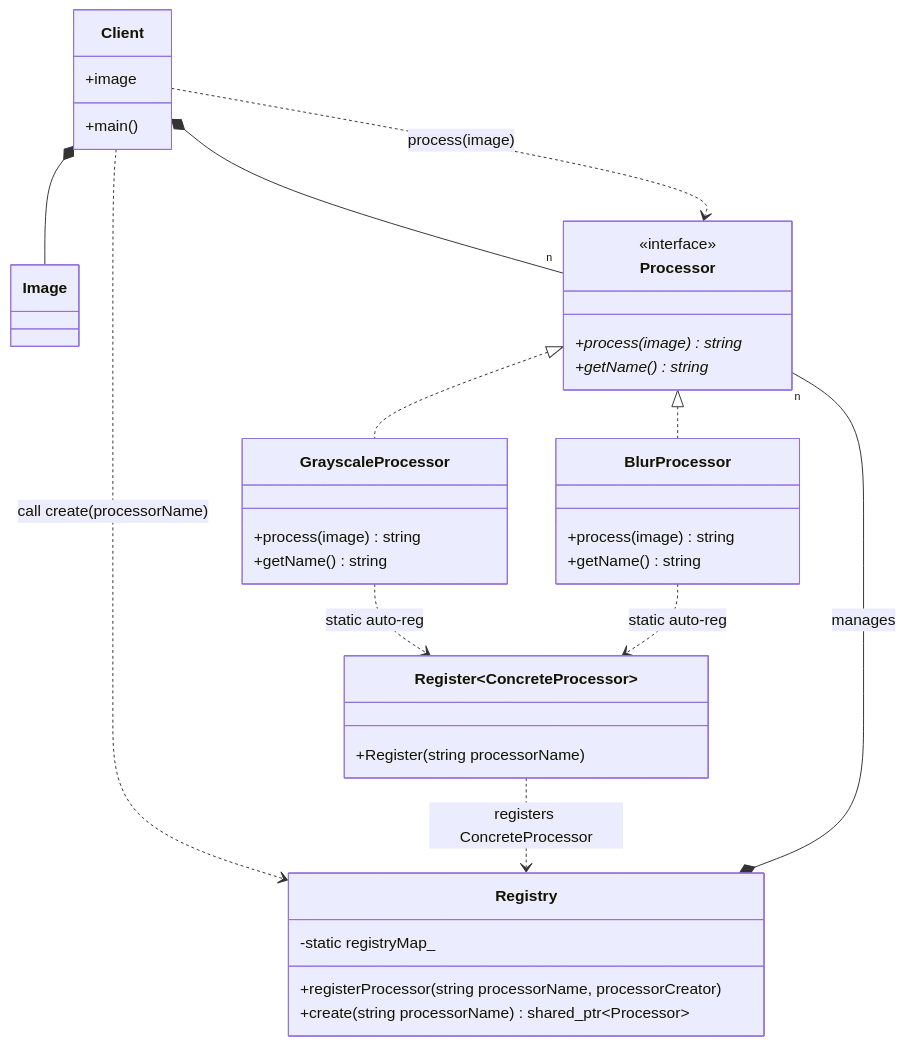
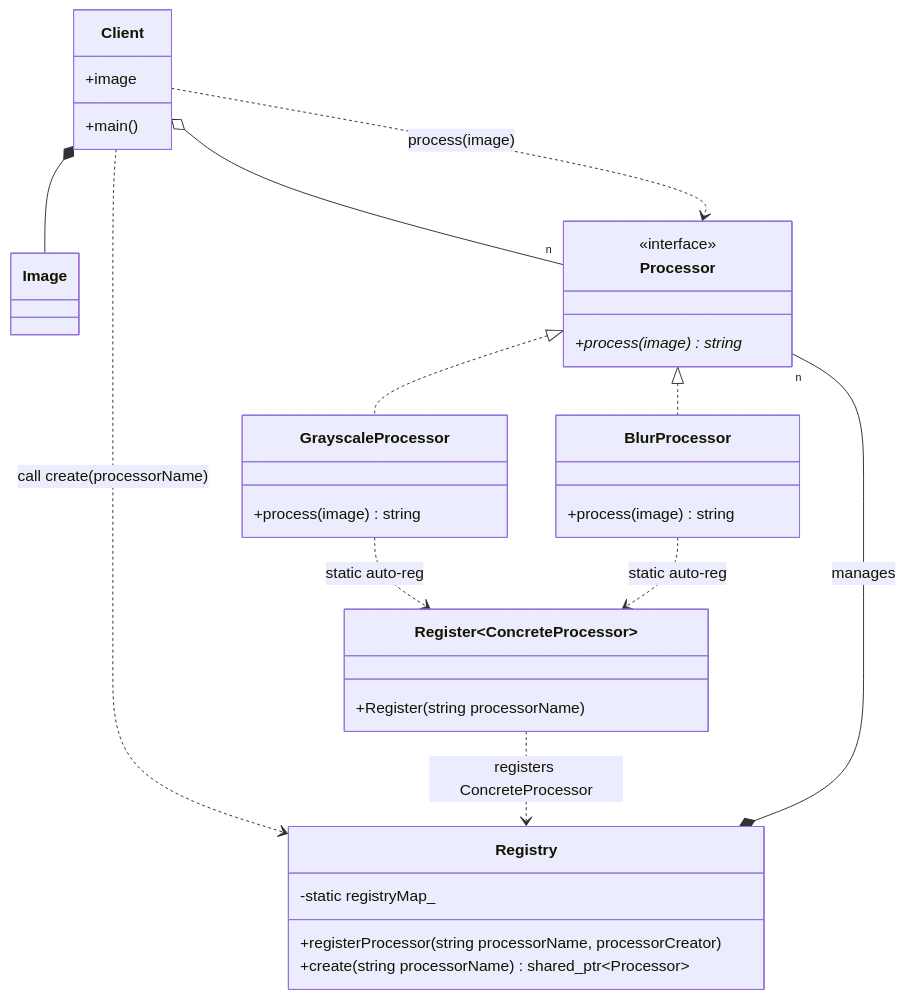
One commit to Cichlidfishexigency721/Modern-CPP-Design-Patterns changed the diagram in 16_Register/README.md. Above: the diagram before and after it, drawn with Mermaid. The commit also changed 4 other files, not shown here.

Commit message:
UML improvement

````diff
--- a/16_Register/README.md
+++ b/16_Register/README.md
@@ -96,55 +96,52 @@
 ```mermaid
 classDiagram
    class Image
 
    class Processor {
       <<interface>>
       +process(image) string*
-      +getName() string*
    }
 
    class GrayscaleProcessor {
       +process(image) string
-      +getName() string
    }
 
    class BlurProcessor {
       +process(image) string
-      +getName() string
    }
 
    class Registry {
       -static registryMap_
       +registerProcessor(string processorName, processorCreator)
       +create(string processorName) shared_ptr~Processor~
    }
 
    class Register~ConcreteProcessor~ {
       +Register(string processorName)
    }
 
    class Client {
       +image
       +main()
    }
 
    %% Inheritance (Implements)
    Processor <|.. GrayscaleProcessor
    Processor <|.. BlurProcessor
 
    %% The Registry manages the lifecycle of processors (Singleton/Flyweight)
    %% Composition (Has_a) - Multiplicity "n" at the end
    Registry *-- "n" Processor : manages
 
    %% Auto-registration mechanism
    %% Dependency (..>) - No numbers
    Register~ConcreteProcessor~ ..> Registry : registers ConcreteProcessor
    GrayscaleProcessor ..> Register~ConcreteProcessor~ : static auto-reg
    BlurProcessor ..> Register~ConcreteProcessor~ : static auto-reg
 
    %% Client interactions
    Client *-- Image
    Client ..> Registry : call create(processorName)
-   Client *-- "n" Processor
+   Client o-- "n" Processor
    Client ..> Processor : process(image)
 ```
````
